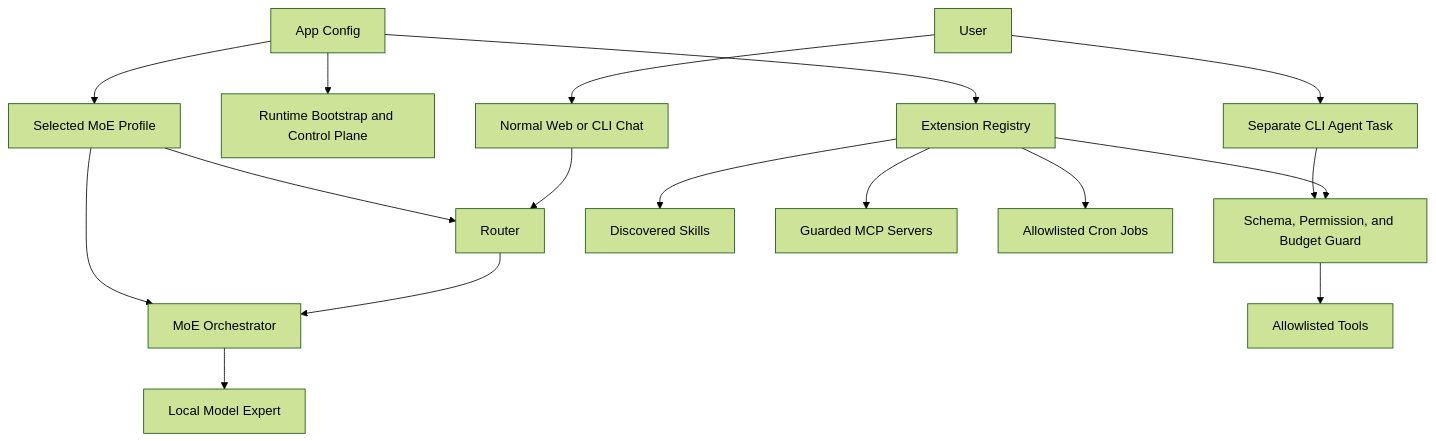
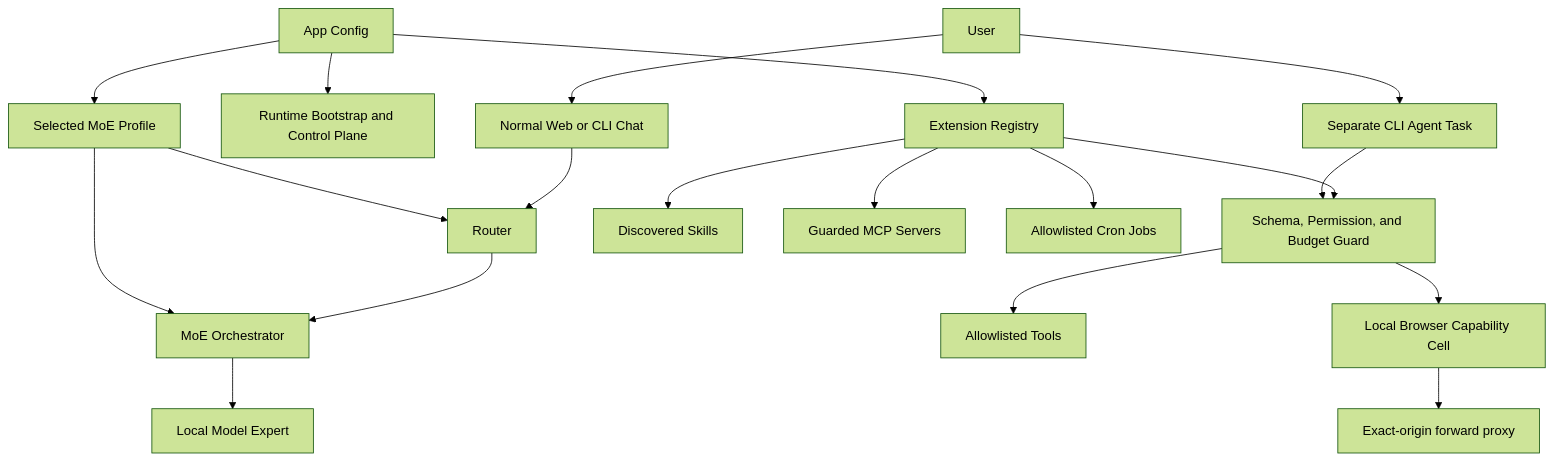
The first of 2 diagrams in docs/agent-runtime.md (aantenore/myMoE), drawn with Mermaid (forest theme) before and after one commit. The commit also changed other lines of this file and 34 other files, not shown here.

Commit message:
feat: add offline local browser capability cell

````diff
--- a/docs/agent-runtime.md
+++ b/docs/agent-runtime.md
@@ -20,19 +21,21 @@
 ```mermaid
 flowchart TB
   App["App Config"] --> Profile["Selected MoE Profile"]
   App --> Runtime["Runtime Bootstrap and Control Plane"]
   App --> Registry["Extension Registry"]
   Profile --> Router["Router"]
   Profile --> Orchestrator["MoE Orchestrator"]
   User["User"] --> Chat["Normal Web or CLI Chat"]
   Chat --> Router
   Router --> Orchestrator
   Orchestrator --> Expert["Local Model Expert"]
   User --> Agent["Separate CLI Agent Task"]
   Agent --> Guard["Schema, Permission, and Budget Guard"]
   Registry --> Guard
   Guard --> Tools["Allowlisted Tools"]
+  Guard --> Browser["Local Browser Capability Cell"]
+  Browser --> Proxy["Exact-origin forward proxy"]
   Registry --> Skills["Discovered Skills"]
   Registry --> MCP["Guarded MCP Servers"]
   Registry --> Cron["Allowlisted Cron Jobs"]
 ```
````
